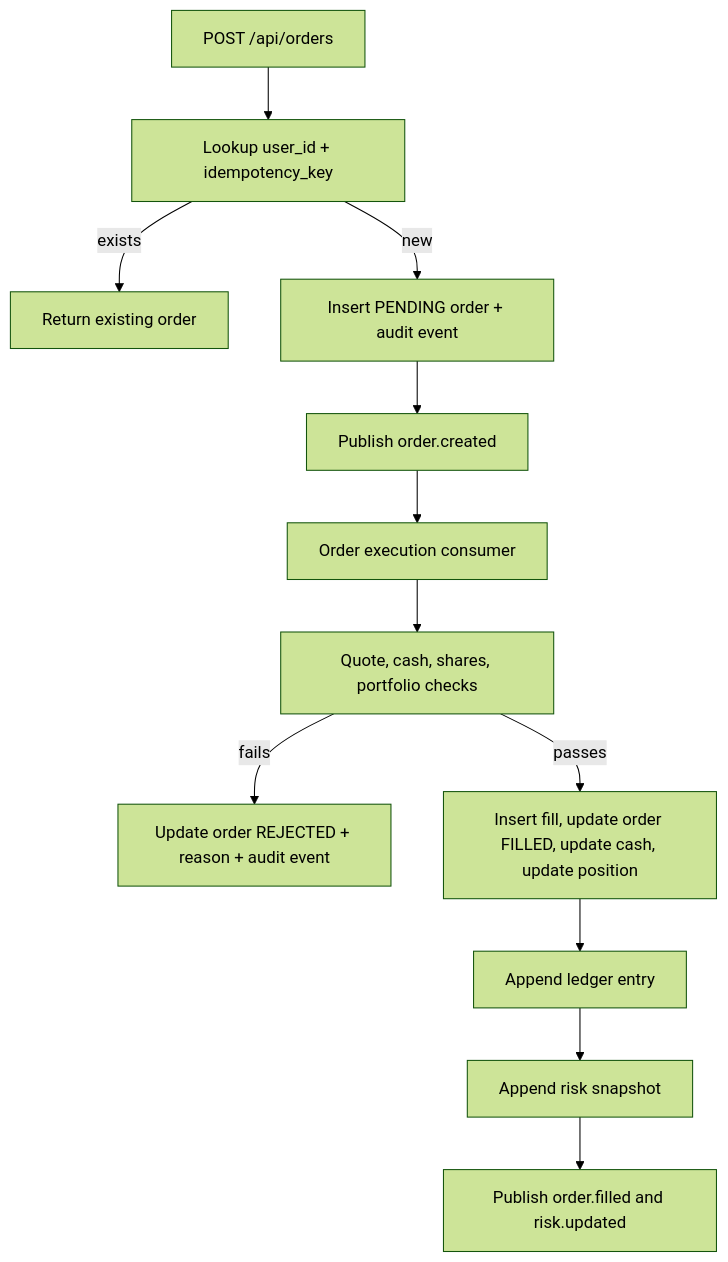
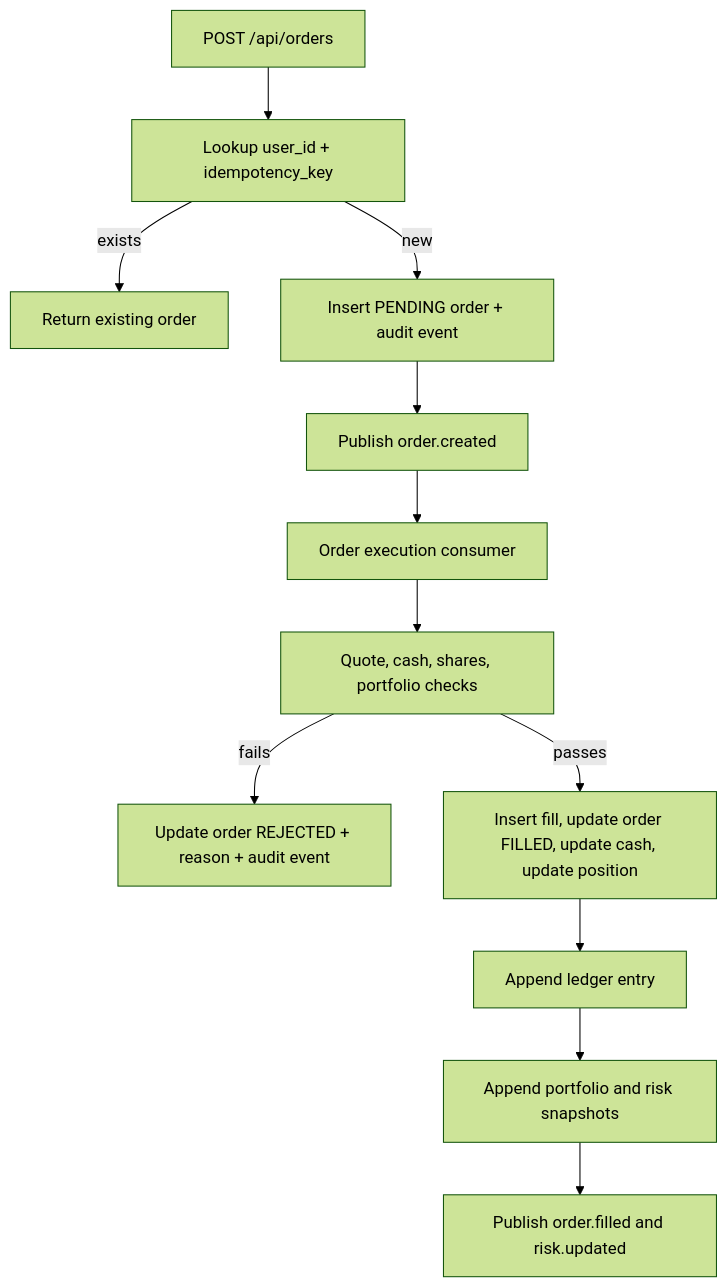
One commit to rehani1/LedgerStream changed the second of 2 diagrams in docs/data-model.md. Above: the diagram before and after it, drawn with Mermaid (forest theme). The commit also changed other lines of this file and 22 other files, not shown here.

Commit message:
Add portfolio history

````diff
--- a/docs/data-model.md
+++ b/docs/data-model.md
@@ -101,14 +105,14 @@
 ```mermaid
 flowchart TD
   Request[POST /api/orders] --> Idempotency[Lookup user_id + idempotency_key]
   Idempotency -->|exists| Existing[Return existing order]
   Idempotency -->|new| Pending[Insert PENDING order + audit event]
   Pending --> Created[Publish order.created]
   Created --> Consumer[Order execution consumer]
   Consumer --> Checks[Quote, cash, shares, portfolio checks]
   Checks -->|fails| Reject[Update order REJECTED + reason + audit event]
   Checks -->|passes| Settle[Insert fill, update order FILLED, update cash, update position]
   Settle --> Ledger[Append ledger entry]
-  Ledger --> Risk[Append risk snapshot]
-  Risk --> Events[Publish order.filled and risk.updated]
+  Ledger --> History[Append portfolio and risk snapshots]
+  History --> Events[Publish order.filled and risk.updated]
 ```
````
